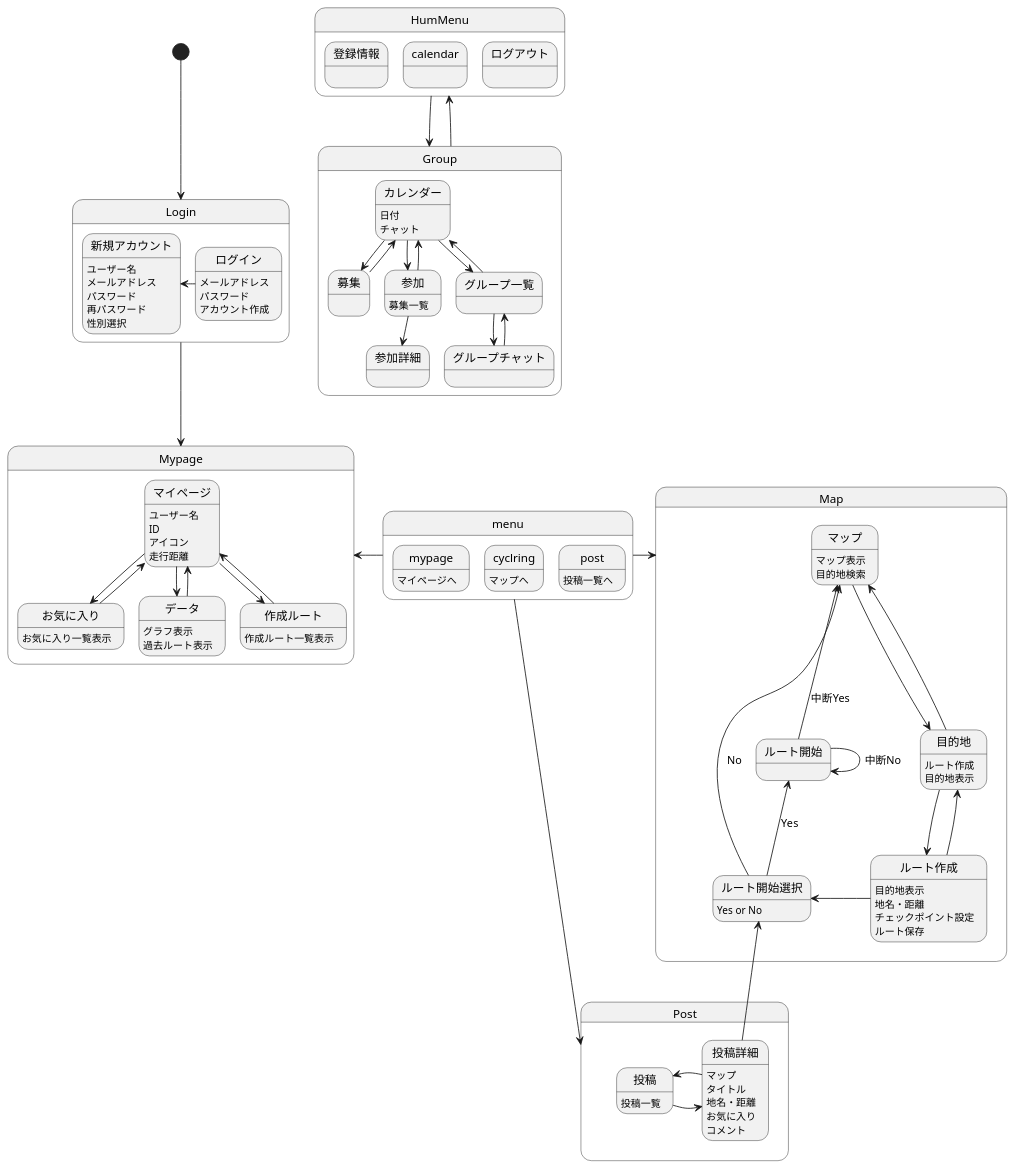
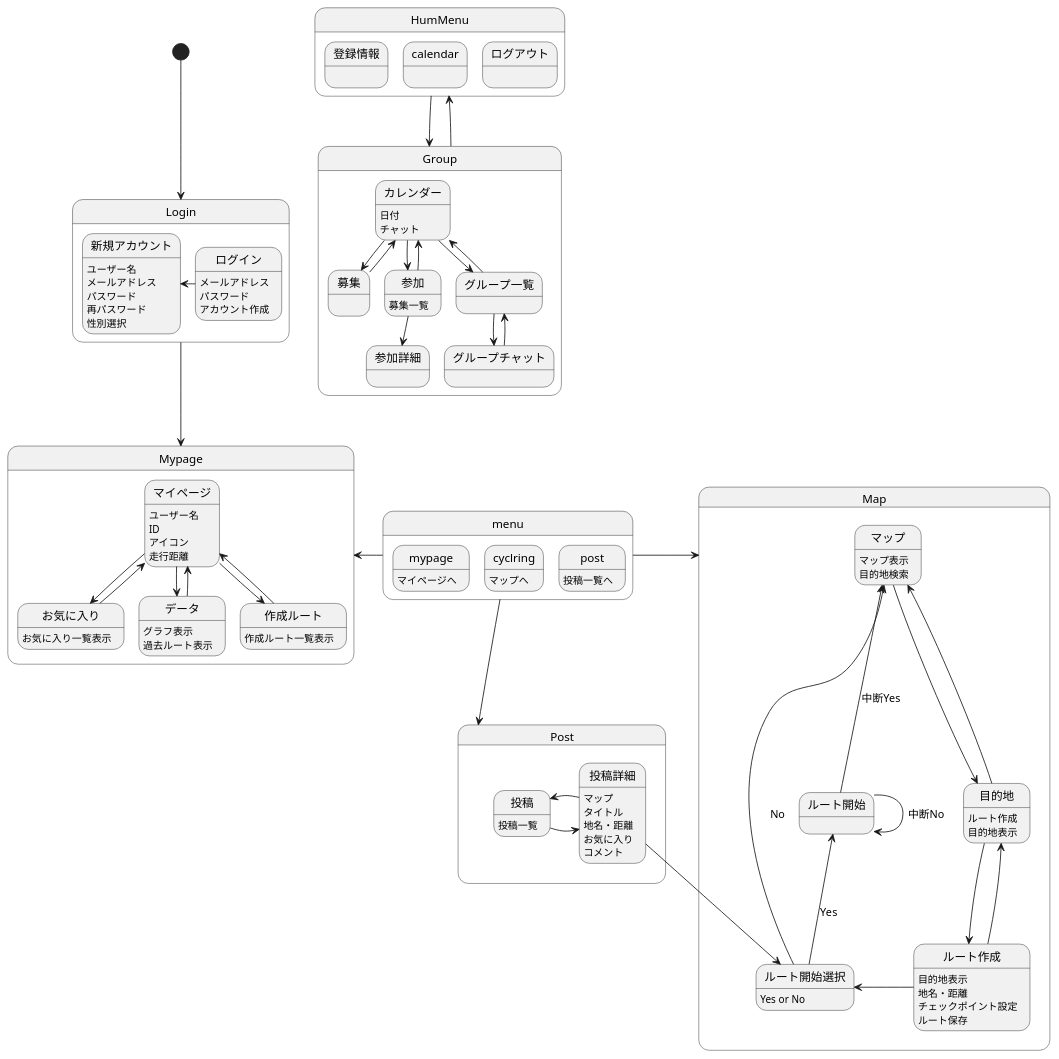
The diagram in 画面遷移図/gm.md (AsoSD3A3/CyclingSystem), drawn with PlantUML before and after one commit.

```diff
--- a/画面遷移図/gm.md
+++ b/画面遷移図/gm.md
@@ -104,7 +104,7 @@
 投稿詳細:地名・距離
 投稿詳細:お気に入り
 投稿詳細:コメント
-投稿詳細-up->ルート開始選択
+投稿詳細-right->ルート開始選択
 }
 
 @enduml
```
